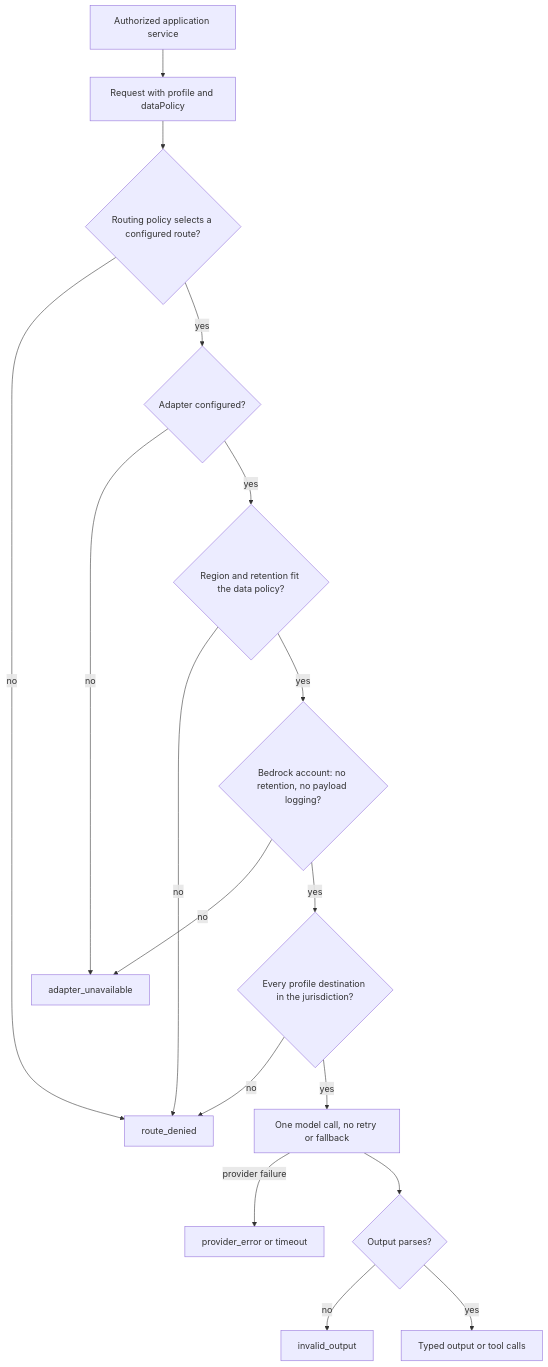
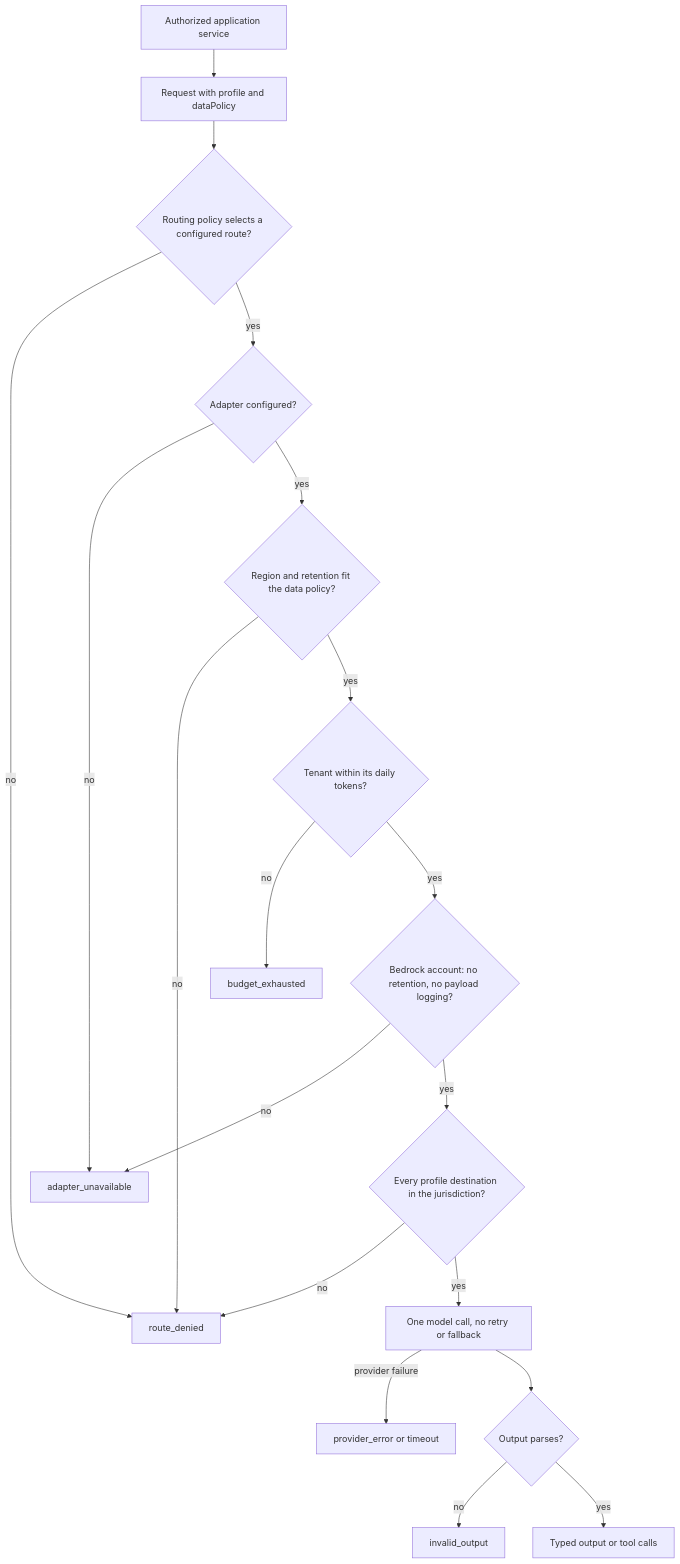
The diagram in docs/model-gateway.md (joschiservice/Luma), drawn with Mermaid before and after one commit. The commit also changed other lines of this file and 44 other files, not shown here.

First line of the commit message:
fix(model): limit model-backed requests per person and budget tokens per tenant

````diff
--- a/docs/model-gateway.md
+++ b/docs/model-gateway.md
@@ -9,19 +9,21 @@
 ```mermaid
 flowchart TD
   caller["Authorized application service"] --> request["Request with profile and dataPolicy"]
   request --> policy{"Routing policy selects a configured route?"}
   policy -->|no| denied["route_denied"]
   policy -->|yes| adapter{"Adapter configured?"}
   adapter -->|no| unavailable["adapter_unavailable"]
   adapter -->|yes| data{"Region and retention fit the data policy?"}
   data -->|no| denied
-  data -->|yes| account{"Bedrock account: no retention, no payload logging?"}
+  data -->|yes| budget{"Tenant within its daily tokens?"}
+  budget -->|no| exhausted["budget_exhausted"]
+  budget -->|yes| account{"Bedrock account: no retention, no payload logging?"}
   account -->|no| unavailable
   account -->|yes| destinations{"Every profile destination in the jurisdiction?"}
   destinations -->|no| denied
   destinations -->|yes| modelCall["One model call, no retry or fallback"]
   modelCall -->|"provider failure"| failed["provider_error or timeout"]
   modelCall --> output{"Output parses?"}
   output -->|no| invalid["invalid_output"]
   output -->|yes| result["Typed output or tool calls"]
 ```
````
